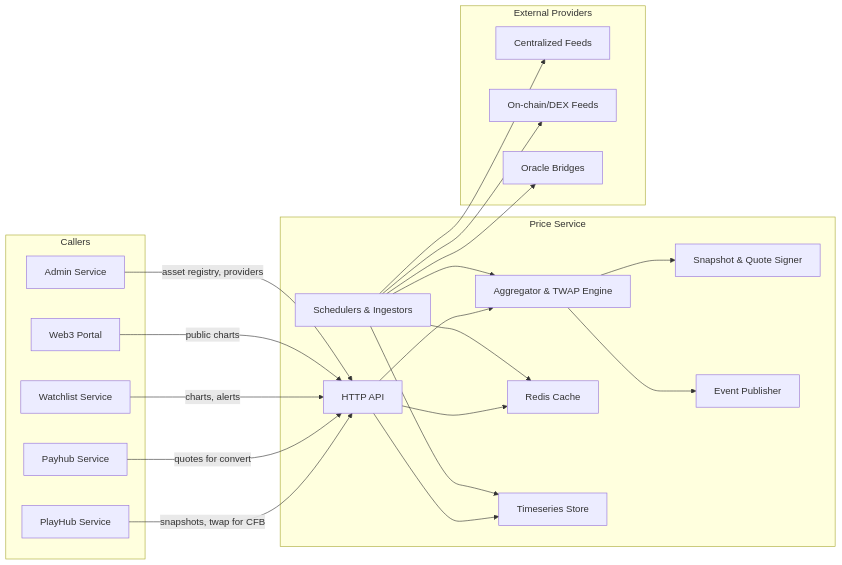
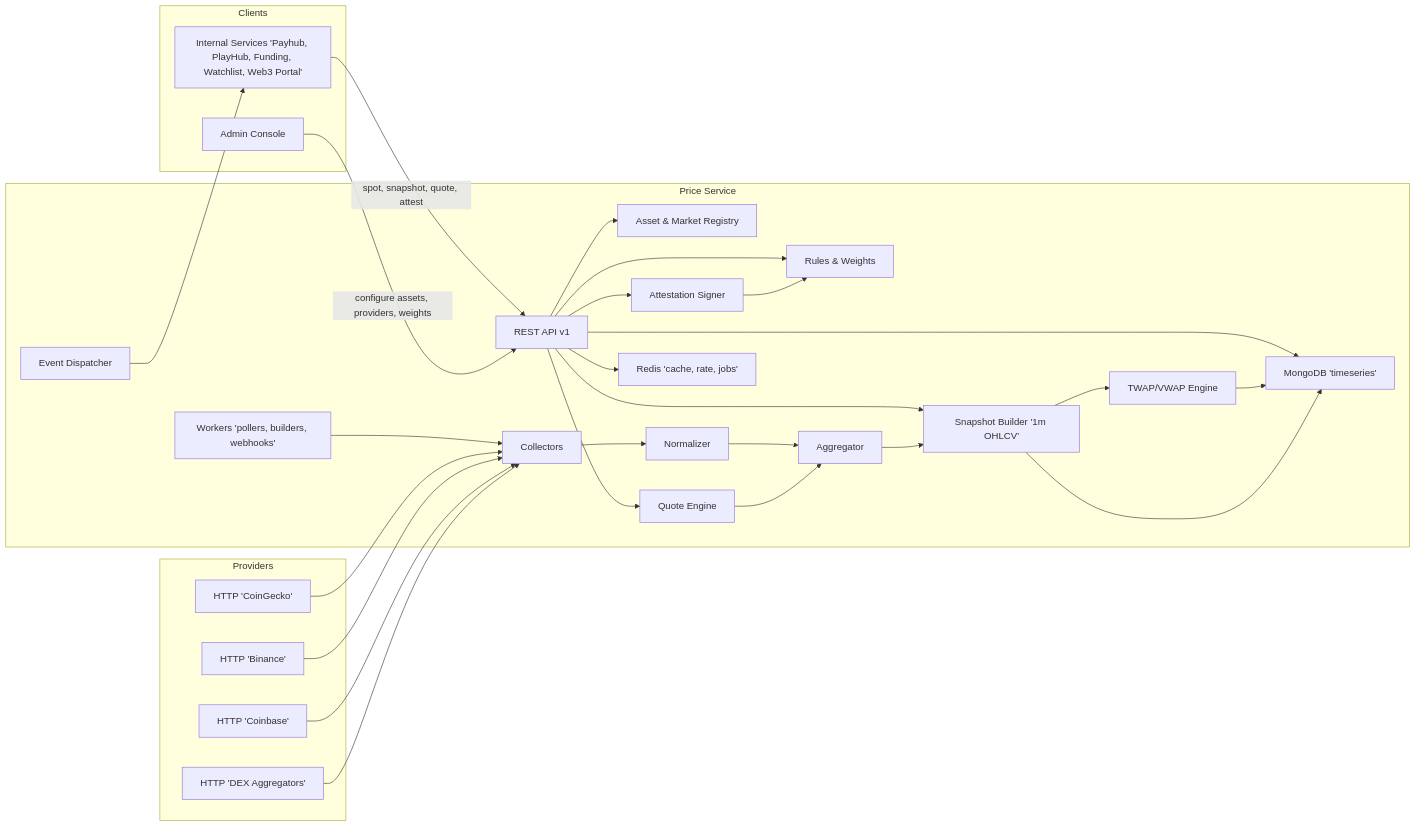
Before and after one commit to fuzeac/fuze-telegram-mini-app: the first of 5 diagrams in miniapp-price-service.md, drawn with Mermaid. The commit also changed other lines of this file, not shown here.

````diff
--- a/miniapp-price-service.md
+++ b/miniapp-price-service.md
@@ -12,44 +12,57 @@
 ```mermaid
 flowchart LR
-  subgraph Callers
-    PH["PlayHub Service"]
-    PAY["Payhub Service"]
-    WAT["Watchlist Service"]
-    WEB["Web3 Portal"]
-    ADM["Admin Service"]
+  subgraph "Clients"
+    SVC["Internal Services 'Payhub, PlayHub, Funding, Watchlist, Web3 Portal'"]
+    ADM["Admin Console"]
   end
 
   subgraph "Price Service"
-    API["HTTP API"]
-    AGG["Aggregator & TWAP Engine"]
-    SIG["Snapshot & Quote Signer"]
-    CACHE["Redis Cache"]
-    DB["Timeseries Store"]
-    JOB["Schedulers & Ingestors"]
-    EVT["Event Publisher"]
+    API["REST API v1"]
+    REG["Asset & Market Registry"]
+    CFG["Rules & Weights"]
+    COL["Collectors"]
+    NORM["Normalizer"]
+    AGG["Aggregator"]
+    SNAP["Snapshot Builder '1m OHLCV'"]
+    TWAP["TWAP/VWAP Engine"]
+    QTE["Quote Engine"]
+    ATST["Attestation Signer"]
+    EVT["Event Dispatcher"]
+    DB["MongoDB 'timeseries'"]
+    RDS["Redis 'cache, rate, jobs'"]
+    WRK["Workers 'pollers, builders, webhooks'"]
   end
 
-  subgraph "External Providers"
-    CEX["Centralized Feeds"]
-    DEX["On-chain/DEX Feeds"]
-    ORC["Oracle Bridges"]
+  subgraph "Providers"
+    CG["HTTP 'CoinGecko'"]
+    BIN["HTTP 'Binance'"]
+    CB["HTTP 'Coinbase'"]
+    DEX["HTTP 'DEX Aggregators'"]
   end
 
-  PH -->|snapshots, twap for CFB| API
-  PAY -->|quotes for convert| API
-  WAT -->|charts, alerts| API
-  WEB -->|public charts| API
-  ADM -->|asset registry, providers| API
+  SVC -->|spot, snapshot, quote, attest| API
+  ADM -->|configure assets, providers, weights| API
 
-  API --> AGG
-  API --> CACHE
+  API --> REG
+  API --> CFG
+  API --> QTE
+  API --> ATST
+  API --> SNAP
   API --> DB
-  AGG --> SIG
-  JOB --> AGG
-  JOB --> DB
-  JOB --> CACHE
-  AGG --> EVT
-  JOB --> CEX
-  JOB --> DEX
-  JOB --> ORC
+  API --> RDS
+  WRK --> COL
+  COL --> NORM
+  NORM --> AGG
+  AGG --> SNAP
+  SNAP --> TWAP
+  TWAP --> DB
+  SNAP --> DB
+  QTE --> AGG
+  ATST --> CFG
+  EVT --> SVC
+
+  CG --> COL
+  BIN --> COL
+  CB --> COL
+  DEX --> COL
 ```
````
